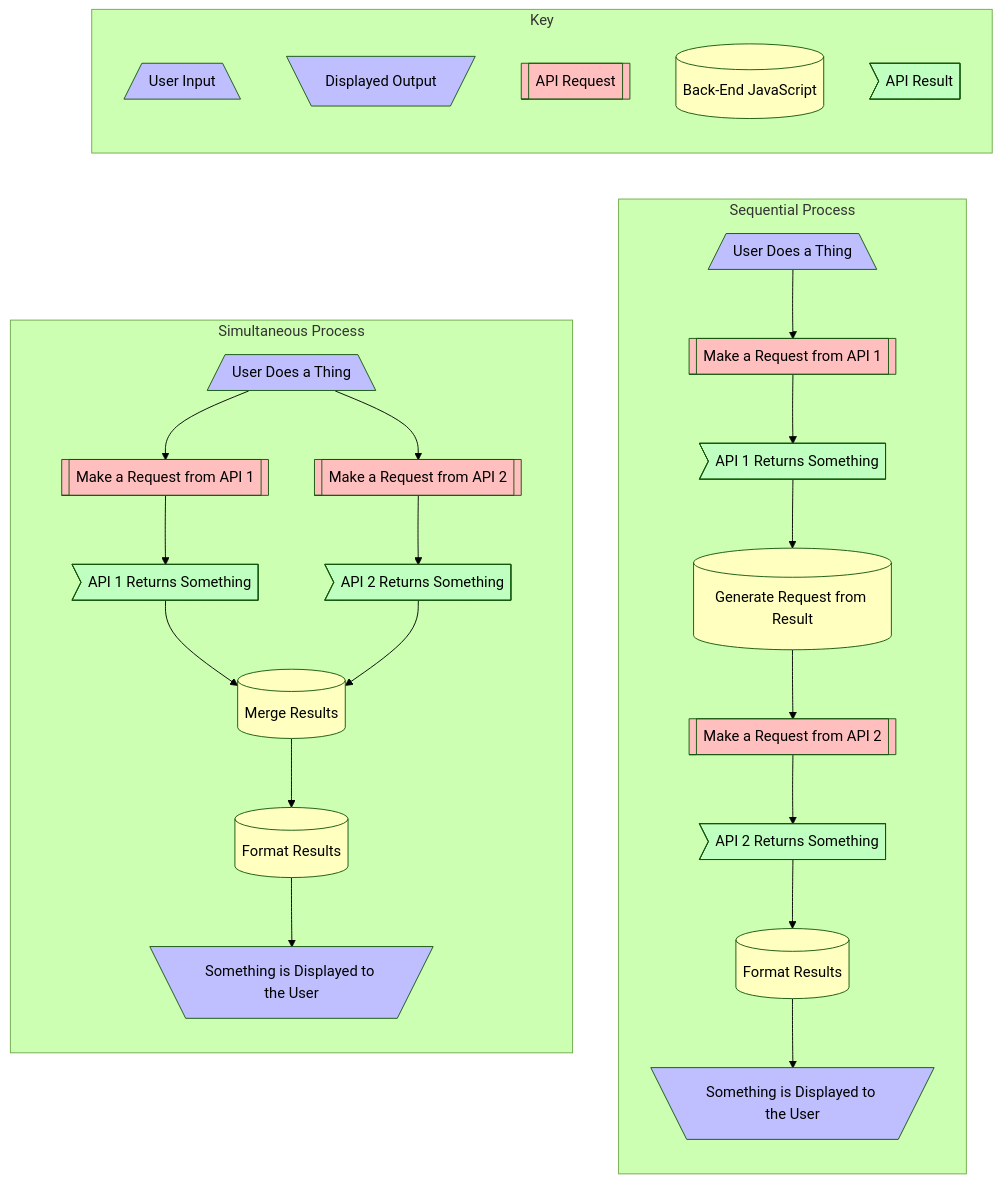
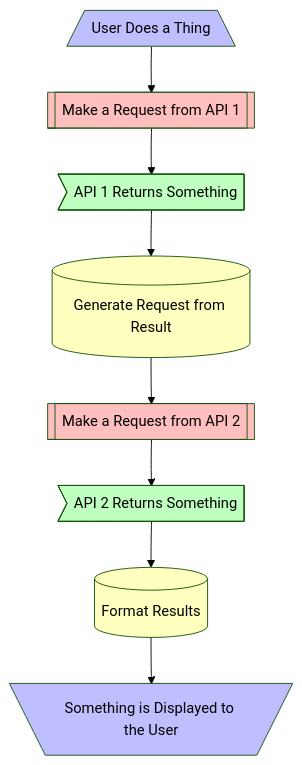
One commit to FAC29A/seriousTranslationTool changed the third of 4 diagrams in README.md. Above: the diagram before and after it, drawn with Mermaid (forest theme). The commit also changed other lines of this file, not shown here.

````diff
--- a/README.md
+++ b/README.md
@@ -20,58 +172,26 @@
-	```mermaid
-	graph TB
-	subgraph key["Key"]
-	direction TB
-	userInput[/"User Input"\]:::userInput
-	userOutput[\"Displayed Output"/]:::userOutput
-	codeInput[["API Request"]]:::codeInput
-	codeFormat[("Back-End JavaScript")]:::codeFormat
-	codeOutput>"API Result"]:::codeOutput
-	end
-	
-	key ~~~ processA & processB
-	
-	subgraph processA["Simultaneous Process"]
-	direction TB
-	inputA[/"User Does a Thing"\]:::userInput
-	requestA1[["Make a Request from API 1"]]:::codeInput
-	resultA1>"API 1 Returns Something"]:::codeOutput
-	requestA2[["Make a Request from API 2"]]:::codeInput
-	resultA2>"API 2 Returns Something"]:::codeOutput
-	mergeA[("Merge Results")]:::codeFormat
-	formatA[("Format Results")]:::codeFormat
-	outputA[\"Something is Displayed to the User"/]:::userOutput
-	
-	inputA --> requestA1 & requestA2
-	requestA1 --> resultA1
-	requestA2 --> resultA2
-	resultA1 & resultA2 --> mergeA
-	mergeA --> formatA
-	formatA --> outputA
-	end
-	
-	subgraph processB["Sequential Process"]
-	direction TB
-	inputB[/"User Does a Thing"\]:::userInput
-	requestB1[["Make a Request from API 1"]]:::codeInput
-	resultB1>"API 1 Returns Something"]:::codeOutput
-	generateB2[("Generate Request from Result")]:::codeFormat
-	requestB2[["Make a Request from API 2"]]:::codeInput
-	resultB2>"API 2 Returns Something"]:::codeOutput
-	formatB[("Format Results")]:::codeFormat
-	outputB[\"Something is Displayed to the User"/]:::userOutput
-	
-	inputB --> requestB1
-	requestB1 --> resultB1
-	resultB1 --> generateB2
-	generateB2 --> requestB2
-	requestB2 --> resultB2
-	resultB2 --> formatB
-	formatB --> outputB
-	end
-	
-	classDef userInput fill:#bfbfff
-	classDef userOutput fill:#bfbfff
-	classDef codeInput fill:#ffbfbf
-	classDef codeFormat fill:#ffffbf
-	classDef codeOutput fill:#bfffbf
-	```
+```mermaid
+graph TB
+
+inputB[/"User Does a Thing"\]:::userInput
+requestB1[["Make a Request from API 1"]]:::codeInput
+resultB1>"API 1 Returns Something"]:::codeOutput
+generateB2[("Generate Request from Result")]:::codeFormat
+requestB2[["Make a Request from API 2"]]:::codeInput
+resultB2>"API 2 Returns Something"]:::codeOutput
+formatB[("Format Results")]:::codeFormat
+outputB[\"Something is Displayed to the User"/]:::userOutput
+
+inputB --> requestB1
+requestB1 --> resultB1
+resultB1 --> generateB2
+generateB2 --> requestB2
+requestB2 --> resultB2
+resultB2 --> formatB
+formatB --> outputB
+
+classDef userInput fill:#bfbfff
+classDef userOutput fill:#bfbfff
+classDef codeInput fill:#ffbfbf
+classDef codeFormat fill:#ffffbf
+classDef codeOutput fill:#bfffbf
+```
````
